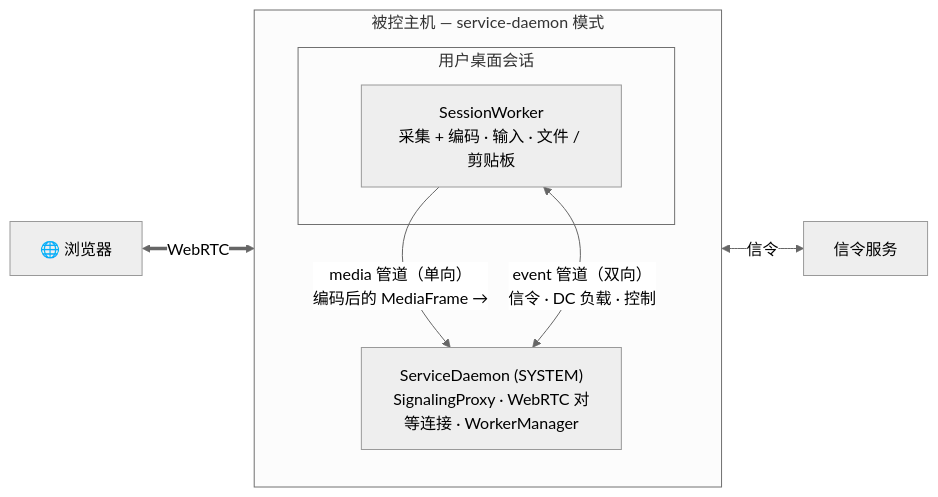
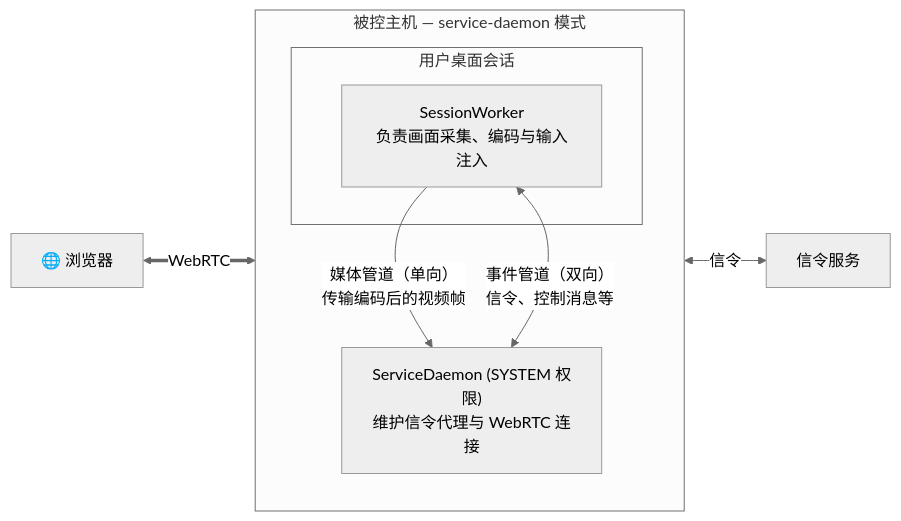
The second of 3 diagrams in README_CN.md (lcxl-remote/lcxl-remote-desk-web), drawn with Mermaid (neutral theme) before and after one commit. The commit also changed other lines of this file and 1 other file, not shown here.

````diff
--- a/README_CN.md
+++ b/README_CN.md
@@ -128,16 +126,16 @@
 ```mermaid
 flowchart LR
     BR["🌐 浏览器"] <==>|"WebRTC"| DM
 
     subgraph HOST["被控主机 — service-daemon 模式"]
         direction TB
-        DM["ServiceDaemon (SYSTEM)<br/>SignalingProxy · WebRTC 对等连接 · WorkerManager"]
+        DM["ServiceDaemon (SYSTEM 权限)<br/>维护信令代理与 WebRTC 连接"]
         subgraph SESS["用户桌面会话"]
-            WK["SessionWorker<br/>采集 + 编码 · 输入 · 文件 / 剪贴板"]
+            WK["SessionWorker<br/>负责画面采集、编码与输入注入"]
         end
-        DM <-->|"event 管道（双向）<br/>信令 · DC 负载 · 控制"| WK
-        WK -->|"media 管道（单向）<br/>编码后的 MediaFrame →"| DM
+        DM <-->|"事件管道（双向）<br/>信令、控制消息等"| WK
+        WK -->|"媒体管道（单向）<br/>传输编码后的视频帧"| DM
     end
 
     DM <-->|"信令"| SIG2["信令服务"]
 ```
````
